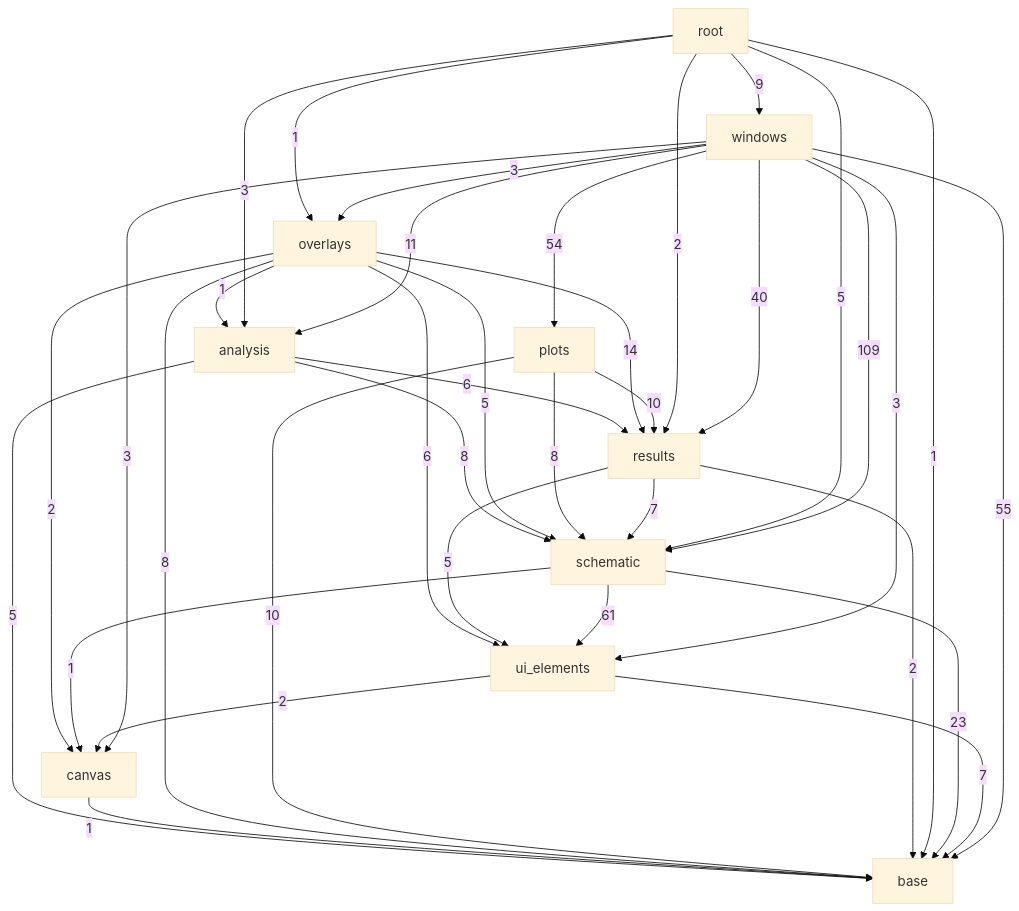
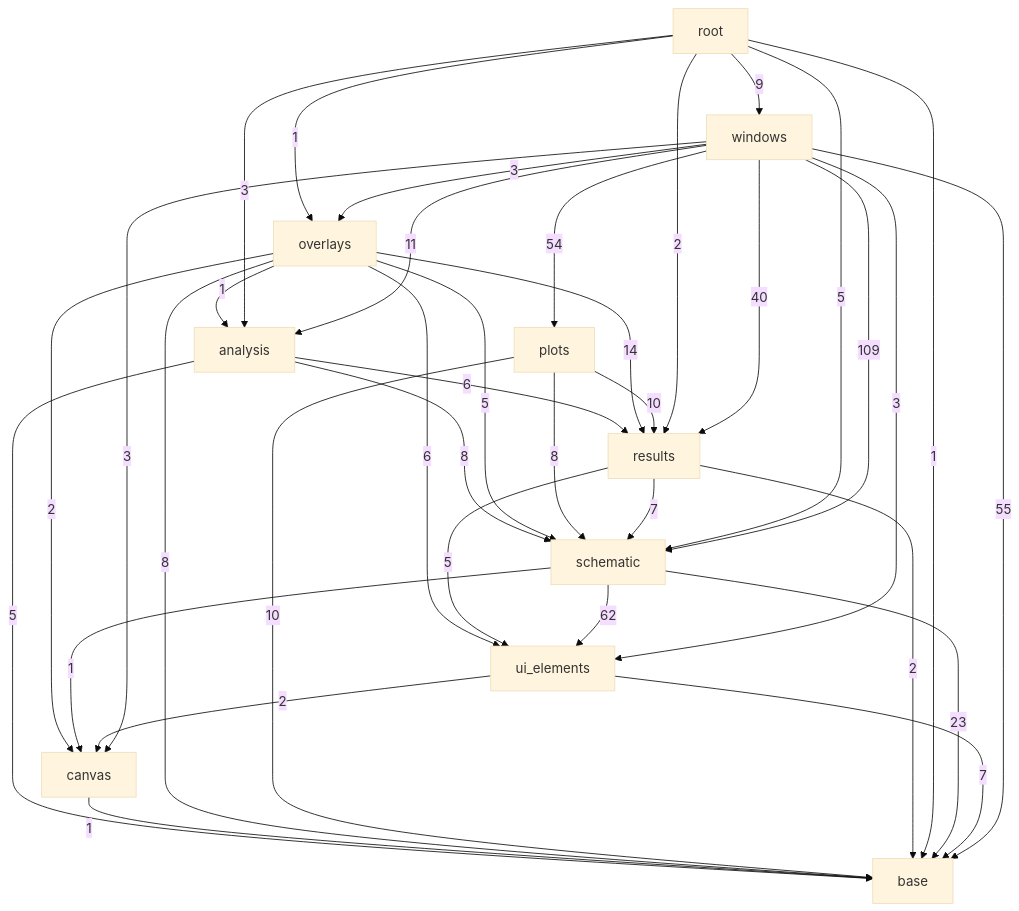
One commit to ronnymilleo/imcsim changed the third of 3 diagrams in docs/architecture.md. Above: the diagram before and after it, drawn with Mermaid (base theme). The commit also changed other lines of this file, not shown here.

Commit message:
Update architecture include diagram

````diff
--- a/docs/architecture.md
+++ b/docs/architecture.md
@@ -56,48 +56,48 @@
 ```mermaid
 flowchart TD
     app_gui_base[base]
     app_gui_canvas[canvas]
     app_gui_ui_elements[ui_elements]
     app_gui_schematic[schematic]
     app_gui_results[results]
     app_gui_analysis[analysis]
     app_gui_plots[plots]
     app_gui_overlays[overlays]
     app_gui_windows[windows]
     app_gui_root[root]
     app_gui_analysis -->|5| app_gui_base
     app_gui_analysis -->|6| app_gui_results
     app_gui_analysis -->|8| app_gui_schematic
     app_gui_canvas -->|1| app_gui_base
     app_gui_overlays -->|1| app_gui_analysis
     app_gui_overlays -->|8| app_gui_base
     app_gui_overlays -->|2| app_gui_canvas
     app_gui_overlays -->|14| app_gui_results
     app_gui_overlays -->|5| app_gui_schematic
     app_gui_overlays -->|6| app_gui_ui_elements
     app_gui_plots -->|10| app_gui_base
     app_gui_plots -->|10| app_gui_results
     app_gui_plots -->|8| app_gui_schematic
     app_gui_results -->|2| app_gui_base
     app_gui_results -->|7| app_gui_schematic
     app_gui_results -->|5| app_gui_ui_elements
     app_gui_root -->|3| app_gui_analysis
     app_gui_root -->|1| app_gui_base
     app_gui_root -->|1| app_gui_overlays
     app_gui_root -->|2| app_gui_results
     app_gui_root -->|5| app_gui_schematic
     app_gui_root -->|9| app_gui_windows
     app_gui_schematic -->|23| app_gui_base
     app_gui_schematic -->|1| app_gui_canvas
-    app_gui_schematic -->|61| app_gui_ui_elements
+    app_gui_schematic -->|62| app_gui_ui_elements
     app_gui_ui_elements -->|7| app_gui_base
     app_gui_ui_elements -->|2| app_gui_canvas
     app_gui_windows -->|11| app_gui_analysis
     app_gui_windows -->|55| app_gui_base
     app_gui_windows -->|3| app_gui_canvas
     app_gui_windows -->|3| app_gui_overlays
     app_gui_windows -->|54| app_gui_plots
     app_gui_windows -->|40| app_gui_results
     app_gui_windows -->|109| app_gui_schematic
     app_gui_windows -->|3| app_gui_ui_elements
 ```
````
